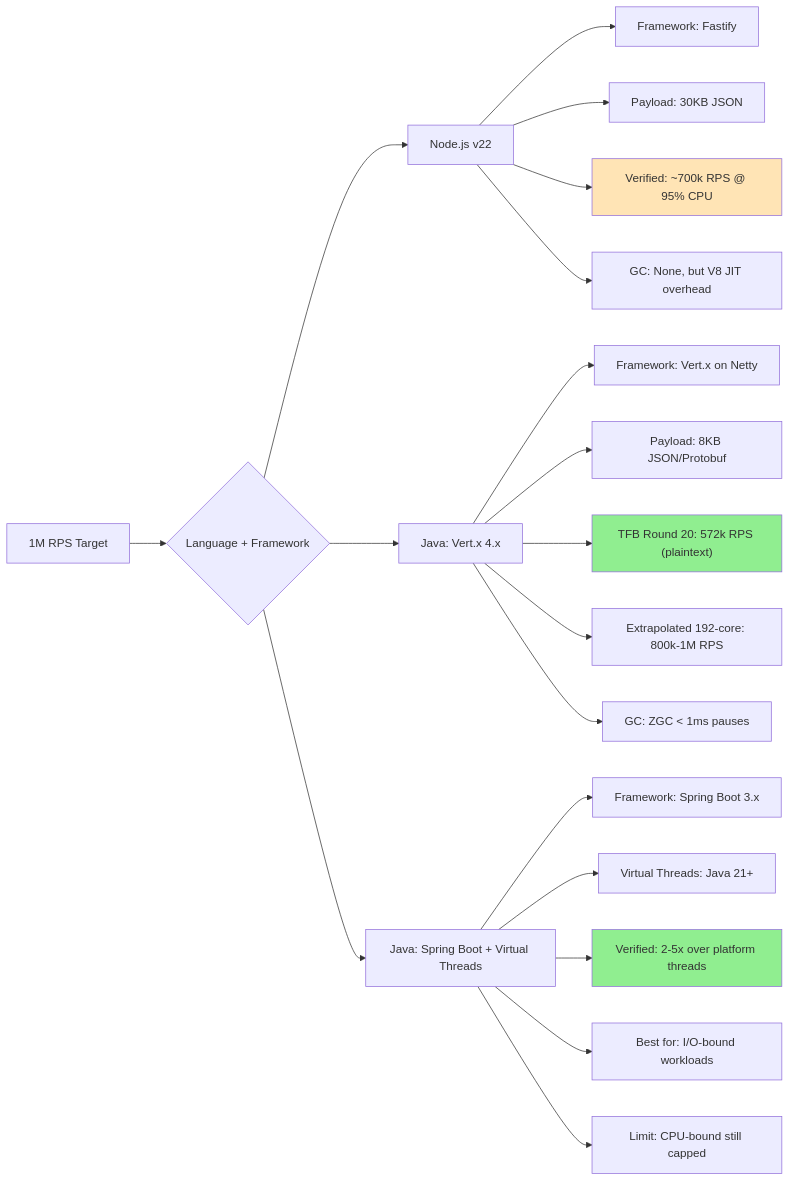
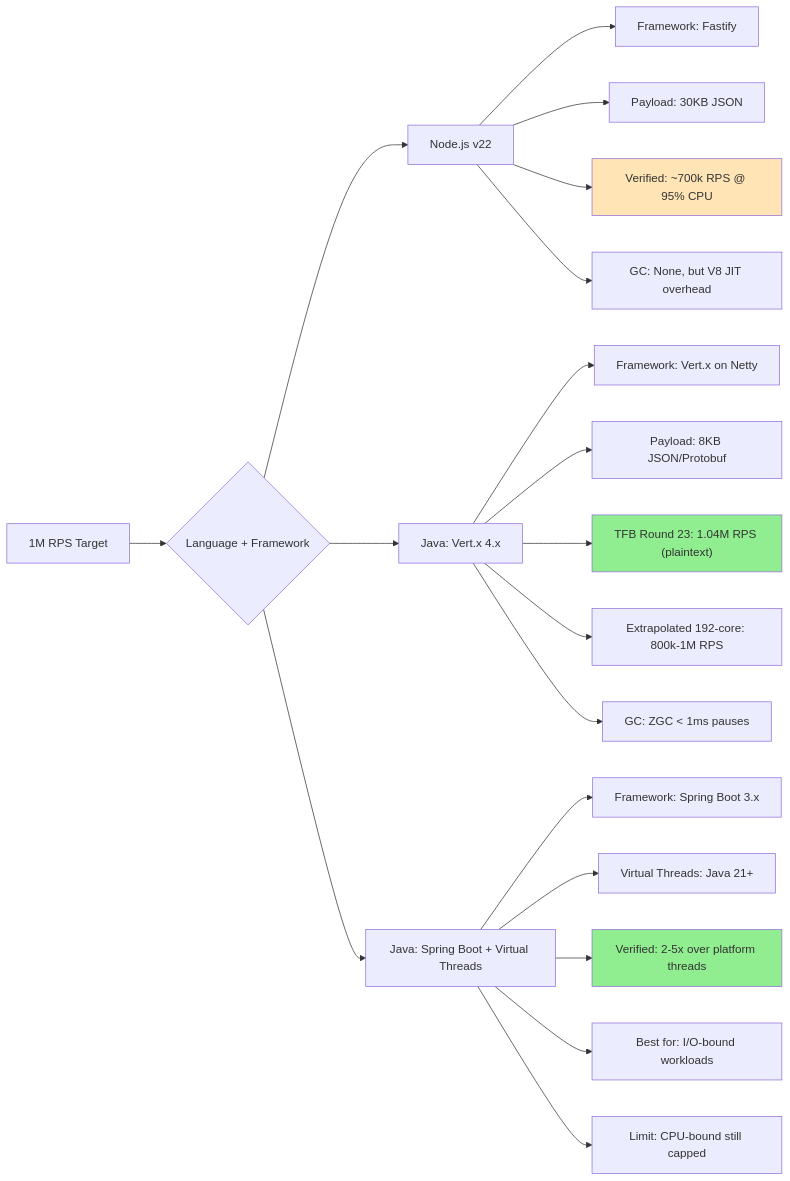
One commit to rsrini7/Learnings changed the third of 5 diagrams in Architecture/Scaling-1M-RPS-Java.md. Above: the diagram before and after it, drawn with Mermaid. The commit also changed other lines of this file, not shown here.

First line of the commit message:
docs: update architecture blueprint with latest benchmark data

````diff
--- a/Architecture/Scaling-1M-RPS-Java.md
+++ b/Architecture/Scaling-1M-RPS-Java.md
@@ -453,29 +453,29 @@
 ```mermaid
 graph LR
     A[1M RPS Target] --> B{Language + Framework}
     
     B --> C[Node.js v22]
     B --> D[Java: Vert.x 4.x]
     B --> E[Java: Spring Boot + Virtual Threads]
     
     C --> C1["Framework: Fastify"]
     C --> C2["Payload: 30KB JSON"]
     C --> C3["Verified: ~700k RPS @ 95% CPU"]
     C --> C4["GC: None, but V8 JIT overhead"]
     
     D --> D1["Framework: Vert.x on Netty"]
     D --> D2["Payload: 8KB JSON/Protobuf"]
-    D --> D3["TFB Round 20: 572k RPS (plaintext)"]
+    D --> D3["TFB Round 23: 1.04M RPS (plaintext)"]
     D --> D4["Extrapolated 192-core: 800k-1M RPS"]
     D --> D5["GC: ZGC < 1ms pauses"]
     
     E --> E1["Framework: Spring Boot 3.x"]
     E --> E2["Virtual Threads: Java 21+"]
     E --> E3["Verified: 2-5x over platform threads"]
     E --> E4["Best for: I/O-bound workloads"]
     E --> E5["Limit: CPU-bound still capped"]
     
     style C3 fill:#FFE4B5
     style D3 fill:#90EE90
     style E3 fill:#90EE90
 ```
````
